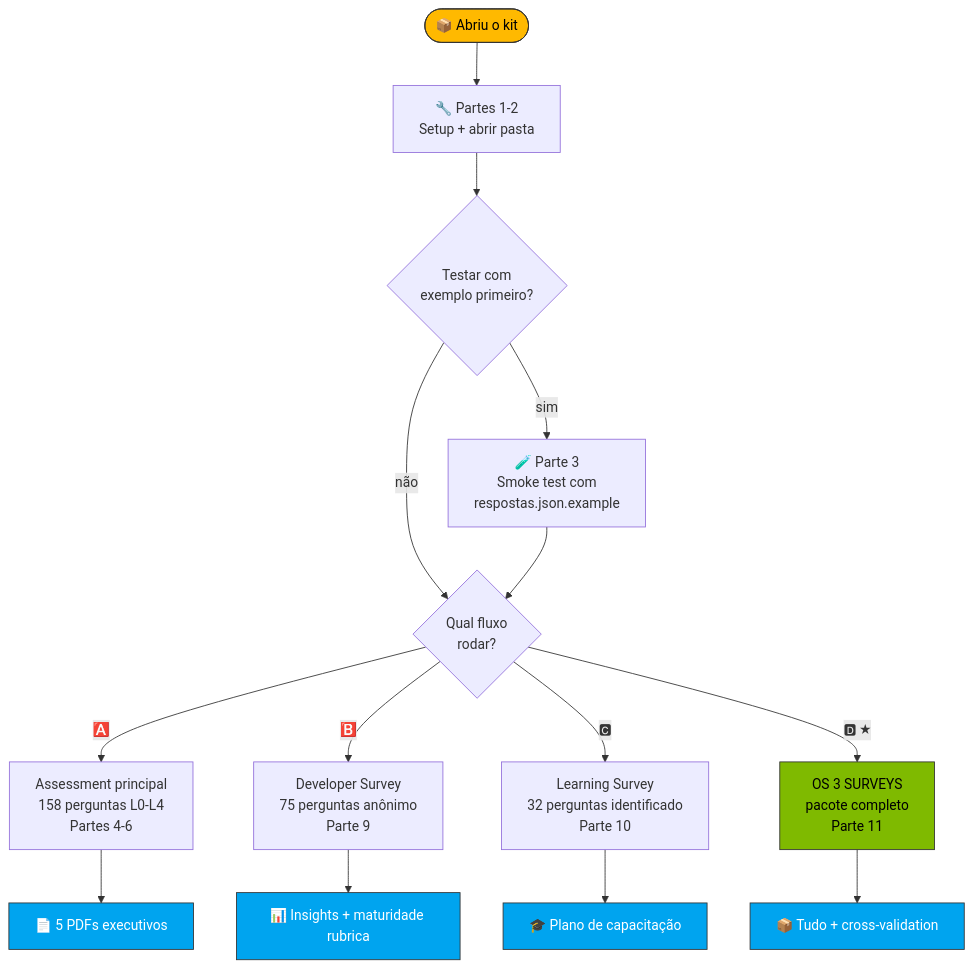
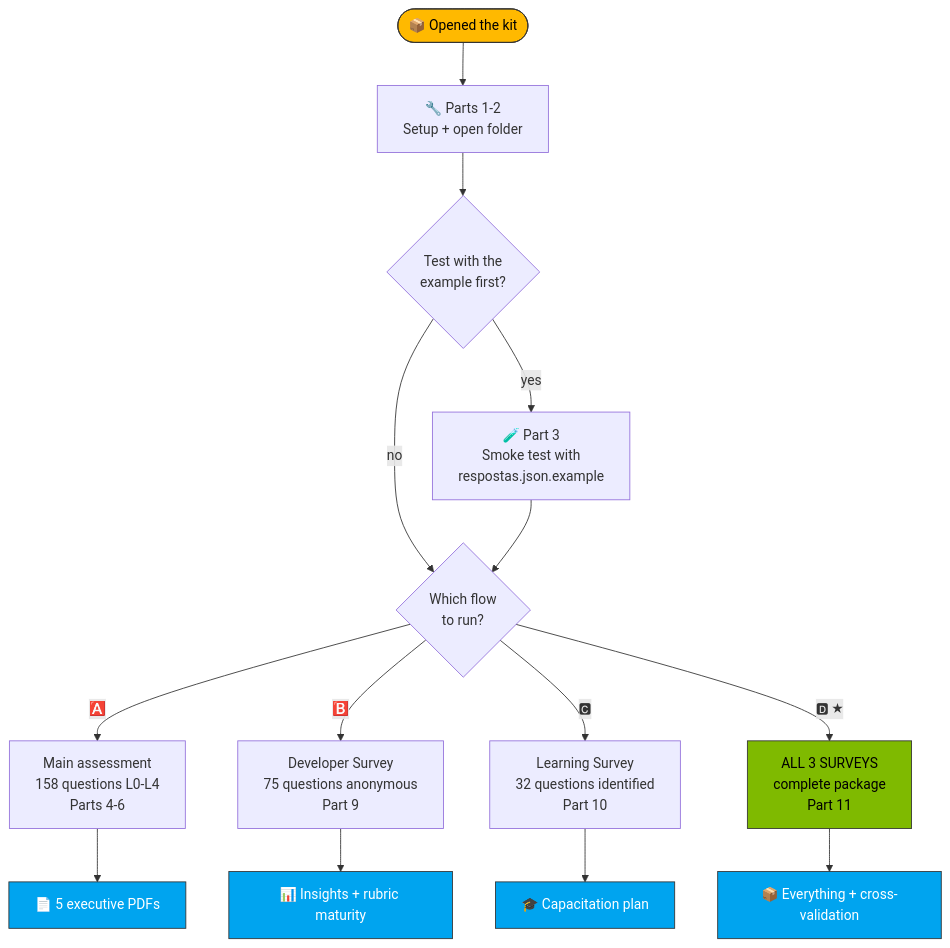
The diagram in GUIA-PASSO-A-PASSO.md (paulasilvatech/ai-maturity-client-kit), drawn with Mermaid before and after one commit. The commit also changed other lines of this file and 9 other files, not shown here.

````diff
--- a/GUIA-PASSO-A-PASSO.md
+++ b/GUIA-PASSO-A-PASSO.md
@@ -14,22 +16,22 @@
 ```mermaid
 flowchart TD
-    Start([📦 Abriu o kit]) --> Setup[🔧 Partes 1-2<br/>Setup + abrir pasta]
-    Setup --> Demo{Testar com<br/>exemplo primeiro?}
-    Demo -- sim --> Demo1[🧪 Parte 3<br/>Smoke test com<br/>respostas.json.example]
-    Demo -- não --> Choice
-    Demo1 --> Choice{Qual fluxo<br/>rodar?}
-    Choice -- "🅰️" --> A[Assessment principal<br/>158 perguntas L0-L4<br/>Partes 4-6]
-    Choice -- "🅱️" --> B[Developer Survey<br/>75 perguntas anônimo<br/>Parte 9]
-    Choice -- "🅲" --> C[Learning Survey<br/>32 perguntas identificado<br/>Parte 10]
-    Choice -- "🅳 ★" --> D[OS 3 SURVEYS<br/>pacote completo<br/>Parte 11]
-    A --> Out1[📄 5 PDFs executivos]
-    B --> Out2[📊 Insights + maturidade rubrica]
-    C --> Out3[🎓 Plano de capacitação]
-    D --> Out4[📦 Tudo + cross-validation]
+    Start([📦 Opened the kit]) --> Setup[🔧 Parts 1-2<br/>Setup + open folder]
+    Setup --> Demo{Test with the<br/>example first?}
+    Demo -- yes --> Demo1[🧪 Part 3<br/>Smoke test with<br/>respostas.json.example]
+    Demo -- no --> Choice
+    Demo1 --> Choice{Which flow<br/>to run?}
+    Choice -- "🅰️" --> A[Main assessment<br/>158 questions L0-L4<br/>Parts 4-6]
+    Choice -- "🅱️" --> B[Developer Survey<br/>75 questions anonymous<br/>Part 9]
+    Choice -- "🅲" --> C[Learning Survey<br/>32 questions identified<br/>Part 10]
+    Choice -- "🅳 ★" --> D[ALL 3 SURVEYS<br/>complete package<br/>Part 11]
+    A --> Out1[📄 5 executive PDFs]
+    B --> Out2[📊 Insights + rubric maturity]
+    C --> Out3[🎓 Capacitation plan]
+    D --> Out4[📦 Everything + cross-validation]
     style Start fill:#FFB900,stroke:#333,color:#000
     style D fill:#7FBA00,stroke:#333,color:#000
     style Out1 fill:#00A4EF,stroke:#333,color:#fff
     style Out2 fill:#00A4EF,stroke:#333,color:#fff
     style Out3 fill:#00A4EF,stroke:#333,color:#fff
     style Out4 fill:#00A4EF,stroke:#333,color:#fff
 ```
````
